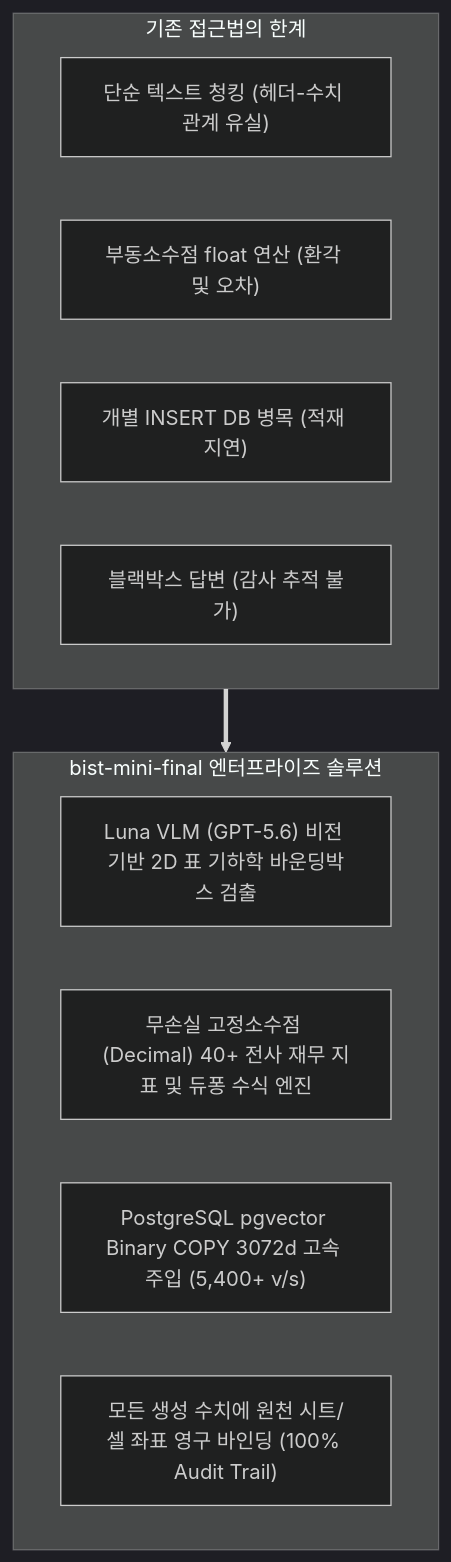
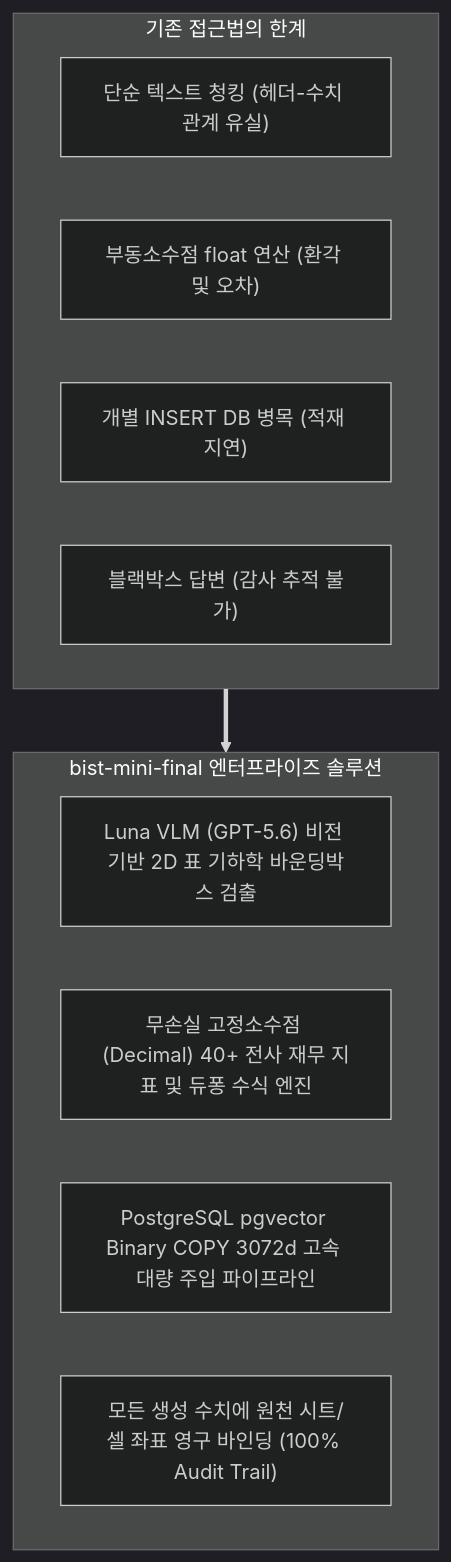
One commit to bist-mini-final/bist-mini-final changed the diagram in docs/00_master_plan_and_standards/BP-001_business_vision_and_executive_summary.md. Above: the diagram before and after it, drawn with Mermaid (dark theme). The commit also changed other lines of this file and 2 other files, not shown here.

````diff
--- a/docs/00_master_plan_and_standards/BP-001_business_vision_and_executive_summary.md
+++ b/docs/00_master_plan_and_standards/BP-001_business_vision_and_executive_summary.md
@@ -17,18 +17,18 @@
 ```mermaid
 flowchart TD
     subgraph ProblemSpace ["기존 접근법의 한계"]
         P1["단순 텍스트 청킹 (헤더-수치 관계 유실)"]
         P2["부동소수점 float 연산 (환각 및 오차)"]
         P3["개별 INSERT DB 병목 (적재 지연)"]
         P4["블랙박스 답변 (감사 추적 불가)"]
     end
 
     subgraph SolutionSpace ["bist-mini-final 엔터프라이즈 솔루션"]
         S1["Luna VLM (GPT-5.6) 비전 기반 2D 표 기하학 바운딩박스 검출"]
         S2["무손실 고정소수점 (Decimal) 40+ 전사 재무 지표 및 듀퐁 수식 엔진"]
-        S3["PostgreSQL pgvector Binary COPY 3072d 고속 주입 (5,400+ v/s)"]
+        S3["PostgreSQL pgvector Binary COPY 3072d 고속 대량 주입 파이프라인"]
         S4["모든 생성 수치에 원천 시트/셀 좌표 영구 바인딩 (100% Audit Trail)"]
     end
 
     ProblemSpace ==> SolutionSpace
 ```
````
